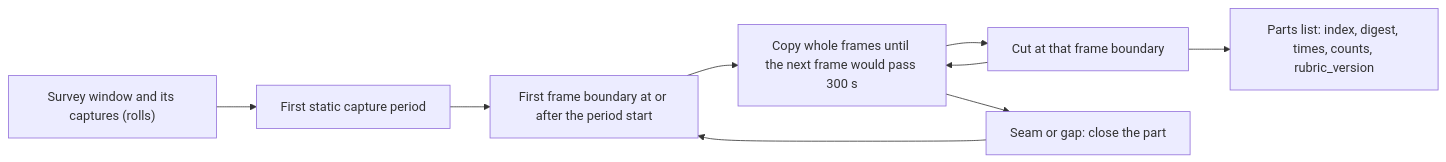
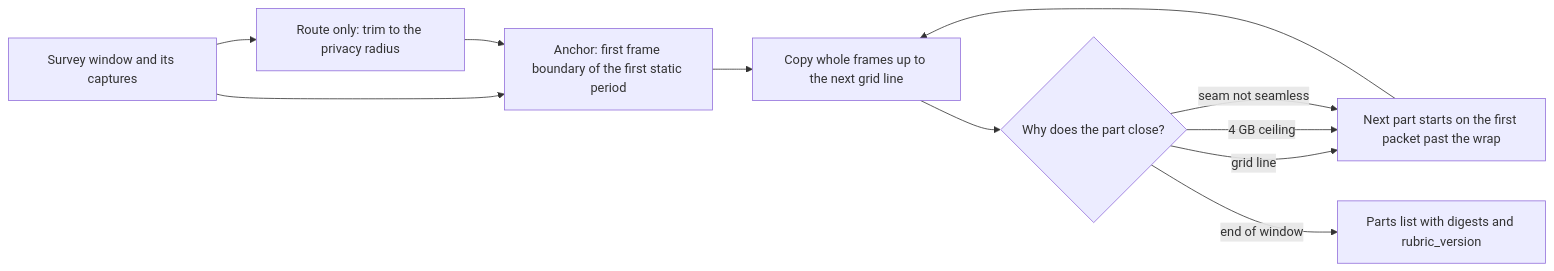
One commit to banshee-data/velocity.report changed the diagram in docs/plans/platform-survey-capture-export-plan.md. Above: the diagram before and after it, drawn with Mermaid. The commit also changed other lines of this file and 2 other files, not shown here.

First line of the commit message:
[ai][docs] plan: settle the survey capture export's open questions

````diff
--- a/docs/plans/platform-survey-capture-export-plan.md
+++ b/docs/plans/platform-survey-capture-export-plan.md
@@ -77,11 +85,13 @@
 ```mermaid
 flowchart LR
-    S["Survey window and its captures (rolls)"] --> P["First static capture period"]
-    P --> B0["First frame boundary at or after the period start"]
-    B0 --> C["Copy whole frames until the next frame would pass 300 s"]
-    C --> B1["Cut at that frame boundary"]
-    B1 --> C
-    C --> G["Seam or gap: close the part"]
-    G --> B0
-    B1 --> M["Parts list: index, digest, times, counts, rubric_version"]
+    S["Survey window and its captures"] --> T["Route only: trim to the privacy radius"]
+    S --> A["Anchor: first frame boundary of the first static period"]
+    T --> A
+    A --> G["Copy whole frames up to the next grid line"]
+    G --> C{"Why does the part close?"}
+    C -->|grid line| N["Next part starts on the first packet past the wrap"]
+    C -->|4 GB ceiling| N
+    C -->|seam not seamless| N
+    N --> G
+    C -->|end of window| M["Parts list with digests and rubric_version"]
 ```
````
